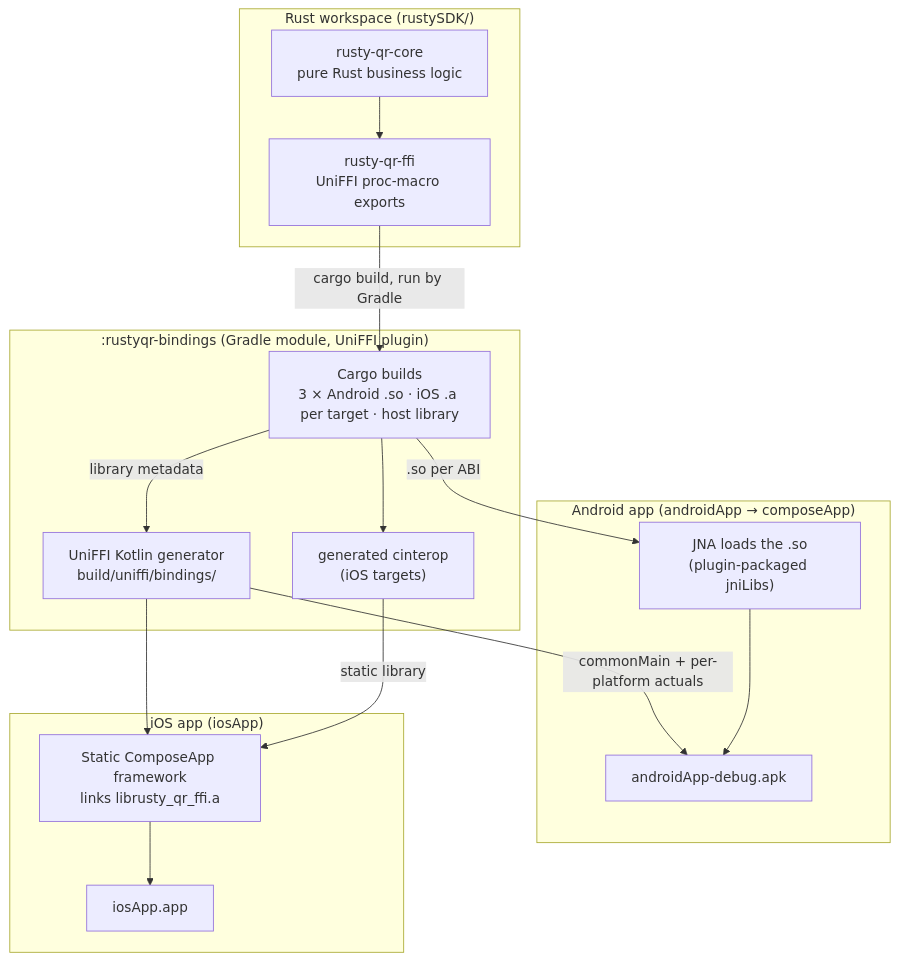
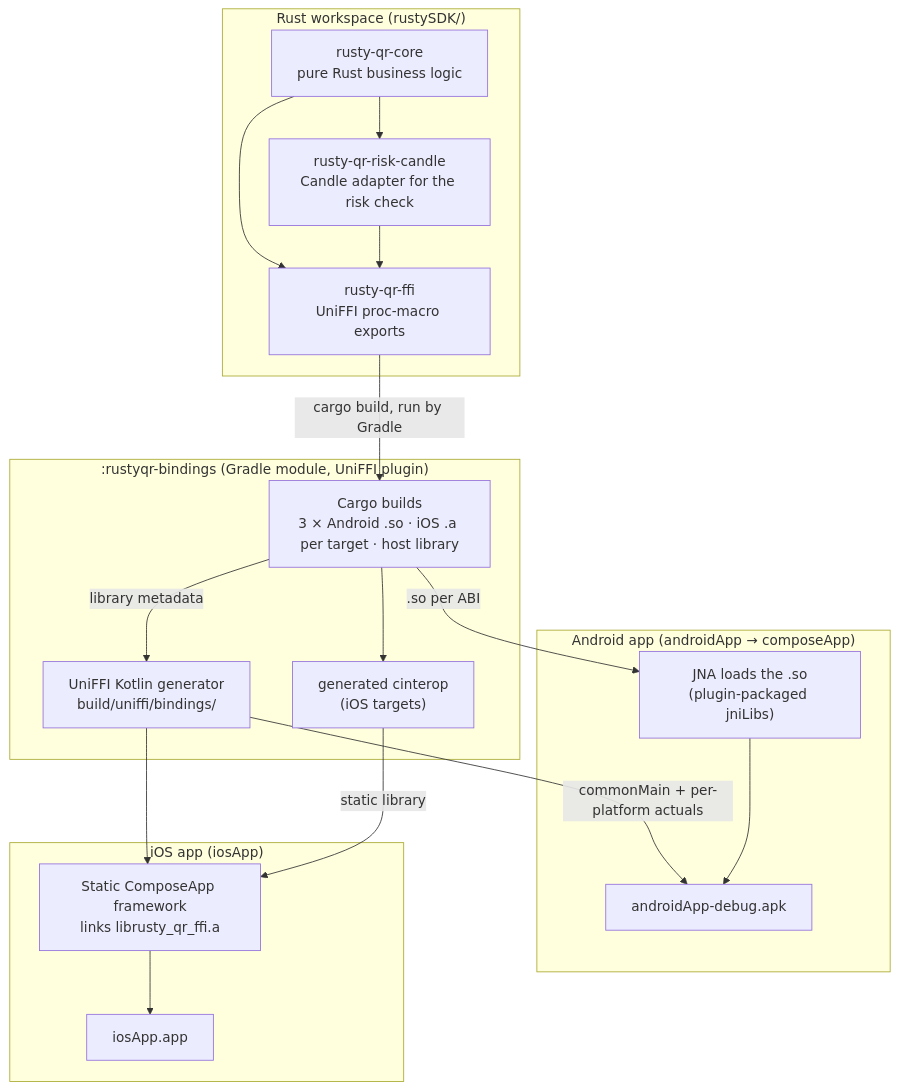
Before and after one commit to prasannajeet/RustyQR: the first of 7 diagrams in docs/ARCHITECTURE.md, drawn with Mermaid. The commit also changed 1 other file, not shown here.

Commit message:
docs(risk): add adapter crate to crate diagrams
Claude-Session: https://claude.ai/code/session_01AYXnipcpyohYw2SV2KkYLj

````diff
--- a/docs/ARCHITECTURE.md
+++ b/docs/ARCHITECTURE.md
@@ -41,35 +41,38 @@
 ```mermaid
 graph TB
     subgraph "Rust workspace (rustySDK/)"
         CORE["rusty-qr-core<br/>pure Rust business logic"]
+        RISK["rusty-qr-risk-candle<br/>Candle adapter for the risk check"]
         FFI["rusty-qr-ffi<br/>UniFFI proc-macro exports"]
+        CORE --> RISK
         CORE --> FFI
+        RISK --> FFI
     end
 
     subgraph ":rustyqr-bindings (Gradle module, UniFFI plugin)"
         CARGO["Cargo builds<br/>3 × Android .so · iOS .a per target · host library"]
         GEN["UniFFI Kotlin generator<br/>build/uniffi/bindings/"]
         CI["generated cinterop<br/>(iOS targets)"]
     end
 
     subgraph "Android app (androidApp → composeApp)"
         JNA["JNA loads the .so<br/>(plugin-packaged jniLibs)"]
         APK["androidApp-debug.apk"]
     end
 
     subgraph "iOS app (iosApp)"
         FW["Static ComposeApp framework<br/>links librusty_qr_ffi.a"]
         IPA["iosApp.app"]
     end
 
     FFI -->|"cargo build, run by Gradle"| CARGO
     CARGO -->|"library metadata"| GEN
     CARGO --> CI
     GEN -->|"commonMain + per-platform actuals"| APK
     CARGO -->|".so per ABI"| JNA
     JNA --> APK
 
     GEN --> FW
     CI -->|"static library"| FW
     FW --> IPA
 ```
````
